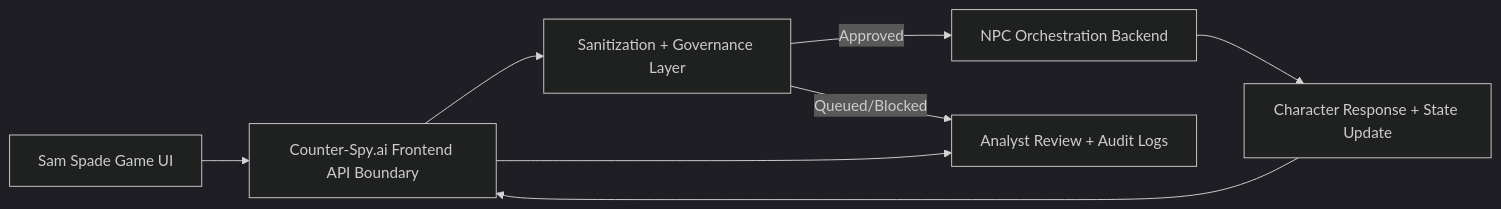
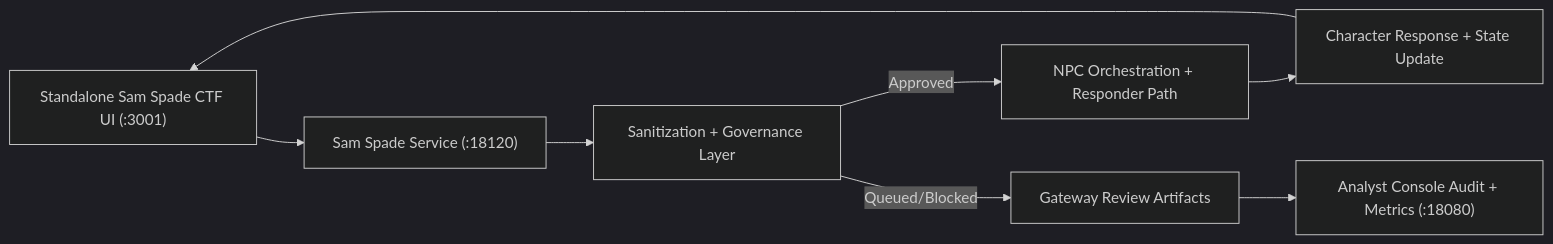
The diagram in Technical/SAM_SPADE_CTF_INTEGRATION.md (Nate-Carroll-Cyber/mlsecdevops-pipeline-example), drawn with Mermaid (dark theme) before and after one commit. The commit also changed other lines of this file and 5 other files, not shown here.

Commit message:
Update backend console and local docs

````diff
--- a/Technical/SAM_SPADE_CTF_INTEGRATION.md
+++ b/Technical/SAM_SPADE_CTF_INTEGRATION.md
@@ -121,10 +122,10 @@
 ```mermaid
 flowchart LR
-  A["Sam Spade Game UI"] --> B["Counter-Spy.ai Frontend API Boundary"]
+  A["Standalone Sam Spade CTF UI (:3001)"] --> B["Sam Spade Service (:18120)"]
   B --> C["Sanitization + Governance Layer"]
-  C -->|Approved| D["NPC Orchestration Backend"]
-  C -->|Queued/Blocked| E["Analyst Review + Audit Logs"]
+  C -->|Approved| D["NPC Orchestration + Responder Path"]
+  C -->|Queued/Blocked| E["Gateway Review Artifacts"]
   D --> F["Character Response + State Update"]
-  F --> B
-  B --> E
+  F --> A
+  E --> G["Analyst Console Audit + Metrics (:18080)"]
 ```
````
